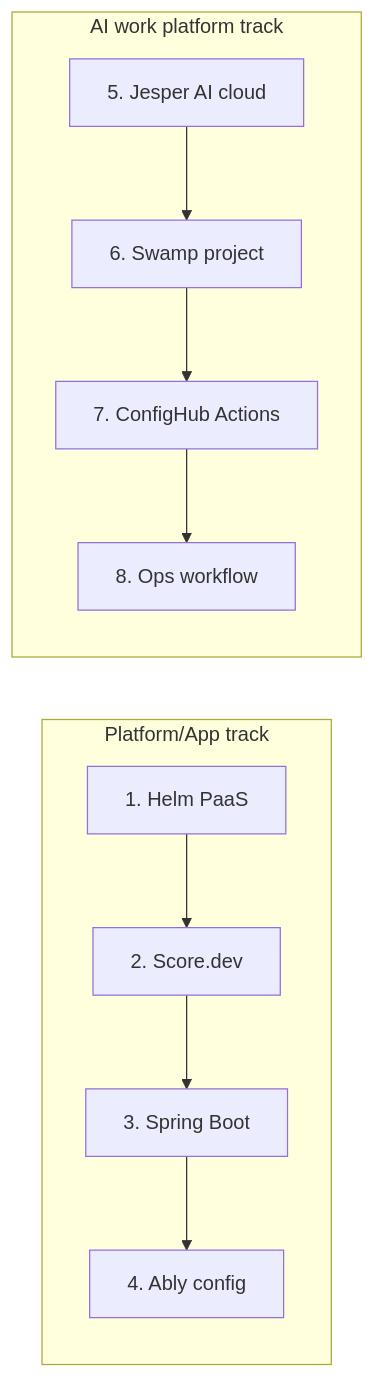
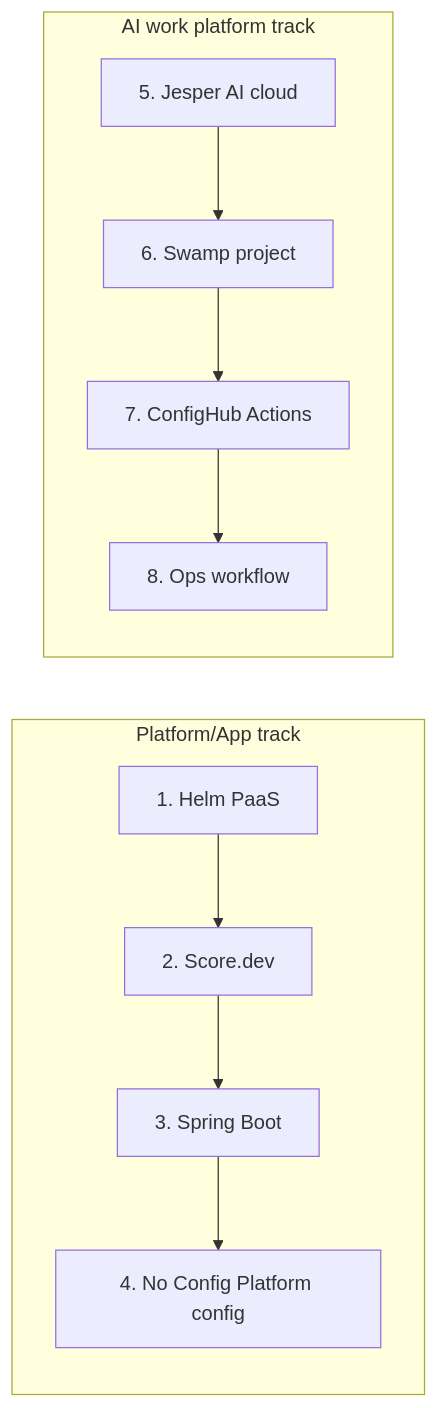
Before and after one commit to confighub/cub-gen: the fourth of 4 diagrams in docs/agentic-gitops/00-index/02-illustrated-cheat-sheet.md, drawn with Mermaid. The commit also changed 140 other files, not shown here.

````diff
--- a/docs/agentic-gitops/00-index/02-illustrated-cheat-sheet.md
+++ b/docs/agentic-gitops/00-index/02-illustrated-cheat-sheet.md
@@ -55,10 +55,10 @@
 ```mermaid
 flowchart LR
   subgraph P["Platform/App track"]
-    H["1. Helm PaaS"] --> S["2. Score.dev"] --> SB["3. Spring Boot"] --> A["4. Ably config"]
+    H["1. Helm PaaS"] --> S["2. Score.dev"] --> SB["3. Spring Boot"] --> A["4. No Config Platform config"]
   end
 
   subgraph W["AI work platform track"]
     J["5. Jesper AI cloud"] --> SW["6. Swamp project"] --> CA["7. ConfigHub Actions"] --> O["8. Ops workflow"]
   end
 ```
````
